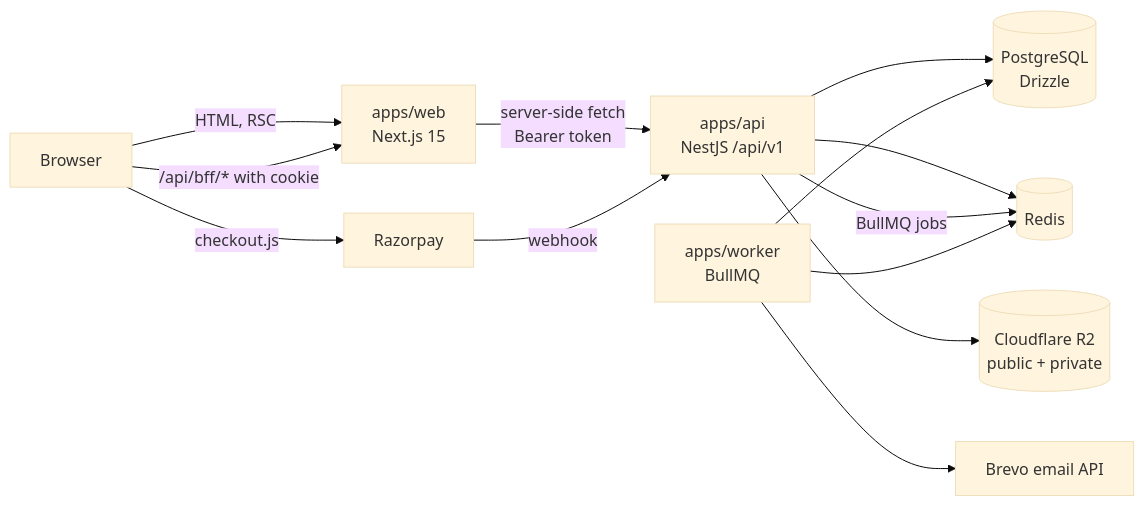
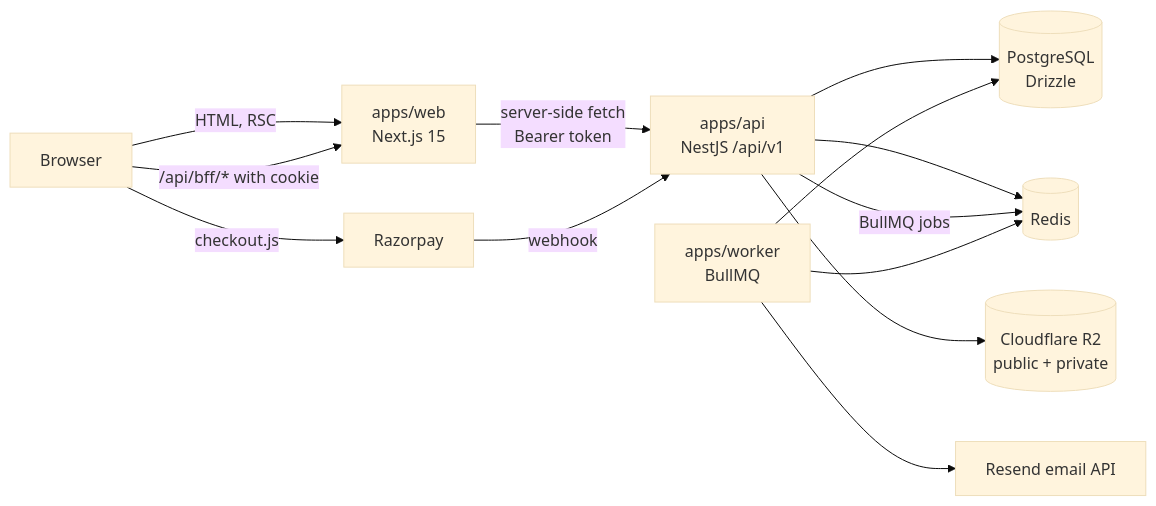
The first of 3 diagrams in ARCHITECTURE.md (shubhankar-haldar-01/sailent-foundation), drawn with Mermaid (base theme) before and after one commit. The commit also changed other lines of this file and 300 other files, not shown here.

````diff
--- a/ARCHITECTURE.md
+++ b/ARCHITECTURE.md
@@ -9,15 +9,15 @@
 ```mermaid
 flowchart LR
   B[Browser] -->|HTML, RSC| W[apps/web<br/>Next.js 15]
   B -->|/api/bff/* with cookie| W
   W -->|server-side fetch<br/>Bearer token| A[apps/api<br/>NestJS /api/v1]
   RZ[Razorpay] -->|webhook| A
   B -->|checkout.js| RZ
   A --> PG[(PostgreSQL<br/>Drizzle)]
   A --> R[(Redis)]
   A --> R2[(Cloudflare R2<br/>public + private)]
   A -->|BullMQ jobs| R
   WK[apps/worker<br/>BullMQ] --> R
   WK --> PG
-  WK --> BR[Brevo email API]
+  WK --> BR[Resend email API]
 ```
````
